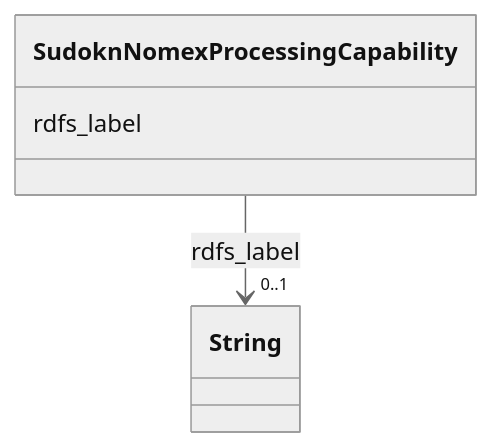
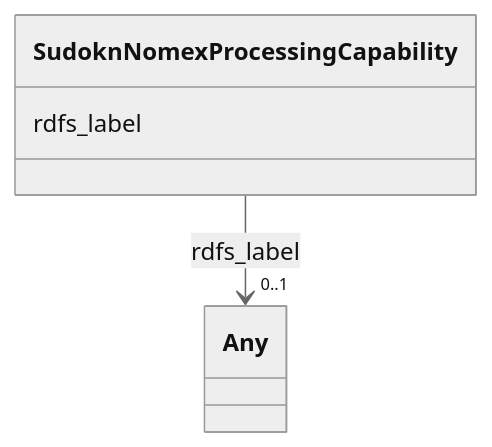
One commit to frink-okn/graph-descriptions changed the diagram in sudokn-kg/classes/SudoknNomexProcessingCapability.md. Above: the diagram before and after it, drawn with Mermaid (neutral theme). The commit also changed other lines of this file and 903 other files, not shown here.

````diff
--- a/sudokn-kg/classes/SudoknNomexProcessingCapability.md
+++ b/sudokn-kg/classes/SudoknNomexProcessingCapability.md
@@ -23,15 +18,15 @@
 ```mermaid
  classDiagram
     class SudoknNomexProcessingCapability
     click SudoknNomexProcessingCapability href "../SudoknNomexProcessingCapability"
       SudoknNomexProcessingCapability : rdfs_label
         
           
     
     
-    SudoknNomexProcessingCapability --> "0..1" String : rdfs_label
-    click String href "../String"
+    SudoknNomexProcessingCapability --> "0..1" Any : rdfs_label
+    click Any href "../Any"
 
         
       
 ```
````
